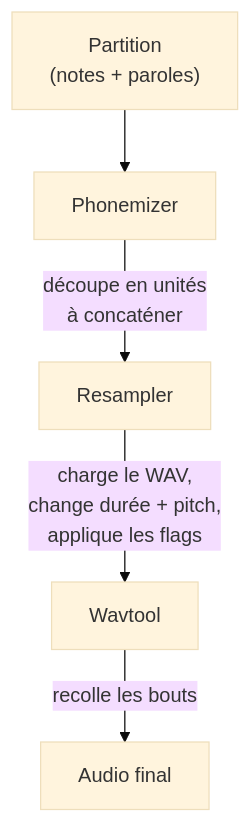
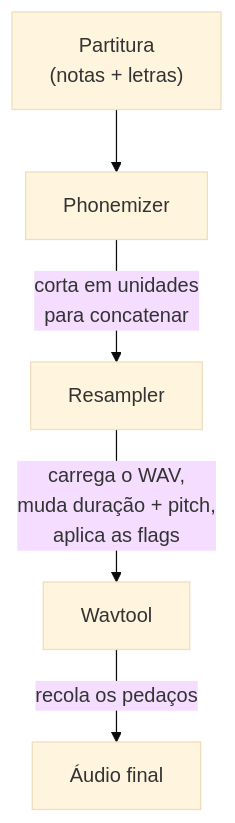
The second of 2 diagrams in public/articles/pt/utau.md (fox3000foxy/fox3000foxy.github.io), drawn with Mermaid (base theme) before and after one commit. The commit also changed other lines of this file and 576 other files, not shown here.

````diff
--- a/public/articles/pt/utau.md
+++ b/public/articles/pt/utau.md
@@ -118,7 +118,7 @@
 ```mermaid
 flowchart TD
-    A["Partition<br/>(notes + paroles)"] --> B[Phonemizer]
-    B -->|"découpe en unités<br/>à concaténer"| C[Resampler]
-    C -->|"charge le WAV,<br/>change durée + pitch,<br/>applique les flags"| D[Wavtool]
-    D -->|"recolle les bouts"| E["Audio final"]
+    A["Partitura<br/>(notas + letras)"] --> B[Phonemizer]
+    B -->|"corta em unidades<br/>para concatenar"| C[Resampler]
+    C -->|"carrega o WAV,<br/>muda duração + pitch,<br/>aplica as flags"| D[Wavtool]
+    D -->|"recola os pedaços"| E["Áudio final"]
 ```
````
